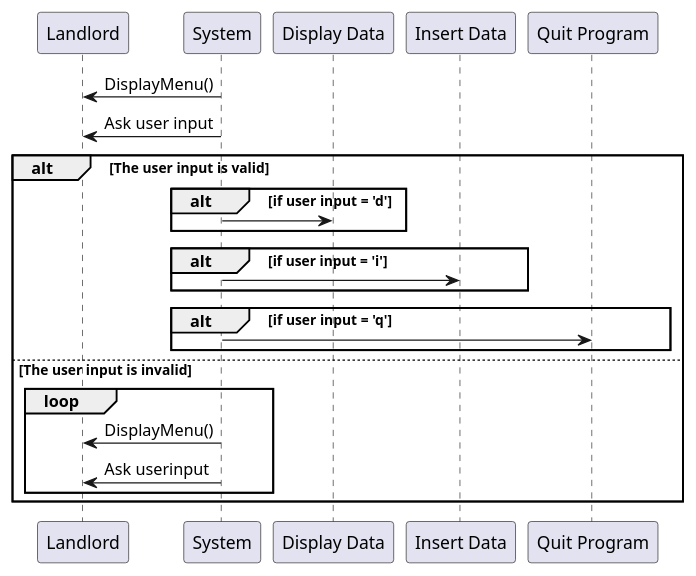
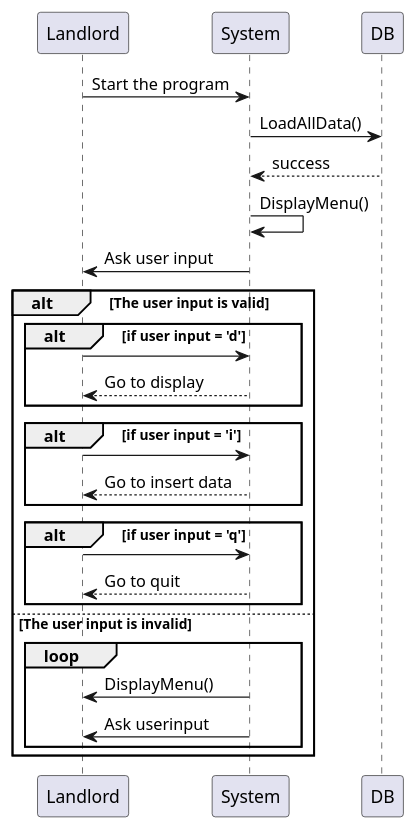
Before and after one commit to ben9543/CECS-343-Capstone-Project: the diagram in activity5/startProgram.puml, drawn with PlantUML.

```diff
--- a/activity5/startProgram.puml
+++ b/activity5/startProgram.puml
@@ -1,22 +1,33 @@
 @startuml
 
-Landlord <- System: DisplayMenu()
+Landlord -> System: Start the program
+
+System->DB:LoadAllData()
+
+return success
+
+System->System: DisplayMenu()
+
 Landlord <- System: Ask user input
+
 alt The user input is valid
   alt if user input = 'd'
-    System -> "Display Data"
+    Landlord -> System
+    return Go to display
   end
   alt if user input = 'i'
-    System -> "Insert Data"
+    Landlord -> System
+    return Go to insert data
   end
   alt if user input = 'q'
-    System -> "Quit Program"
+    Landlord -> System
+    return Go to quit
   end
 else The user input is invalid
   loop 
     Landlord <- System: DisplayMenu()
     Landlord <- System: Ask userinput
   end
 end
 
 @enduml
```
